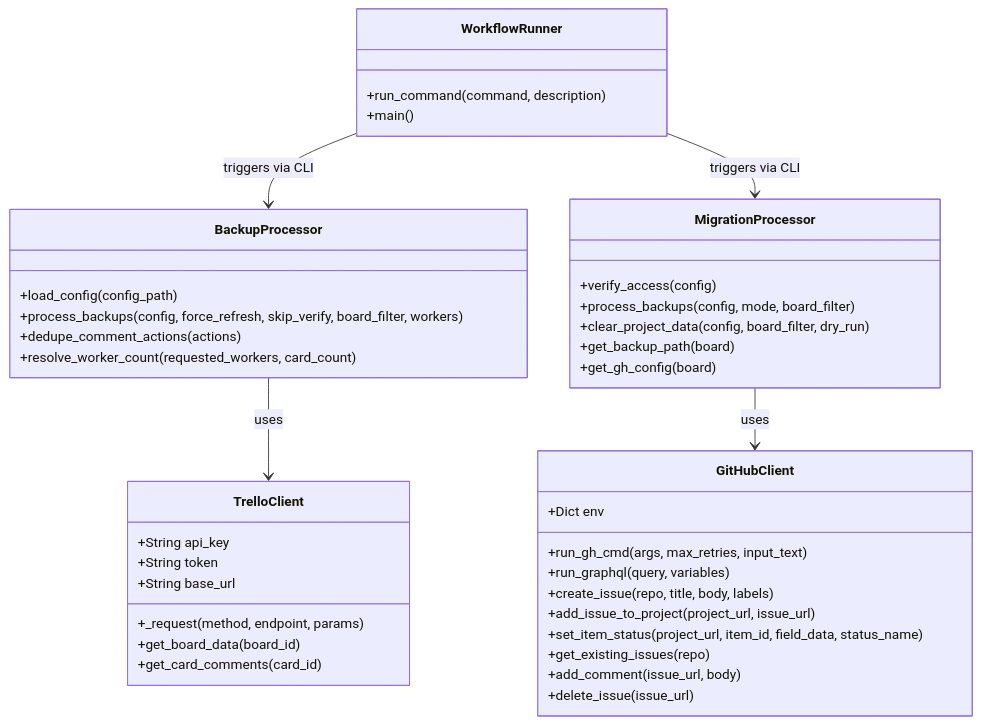
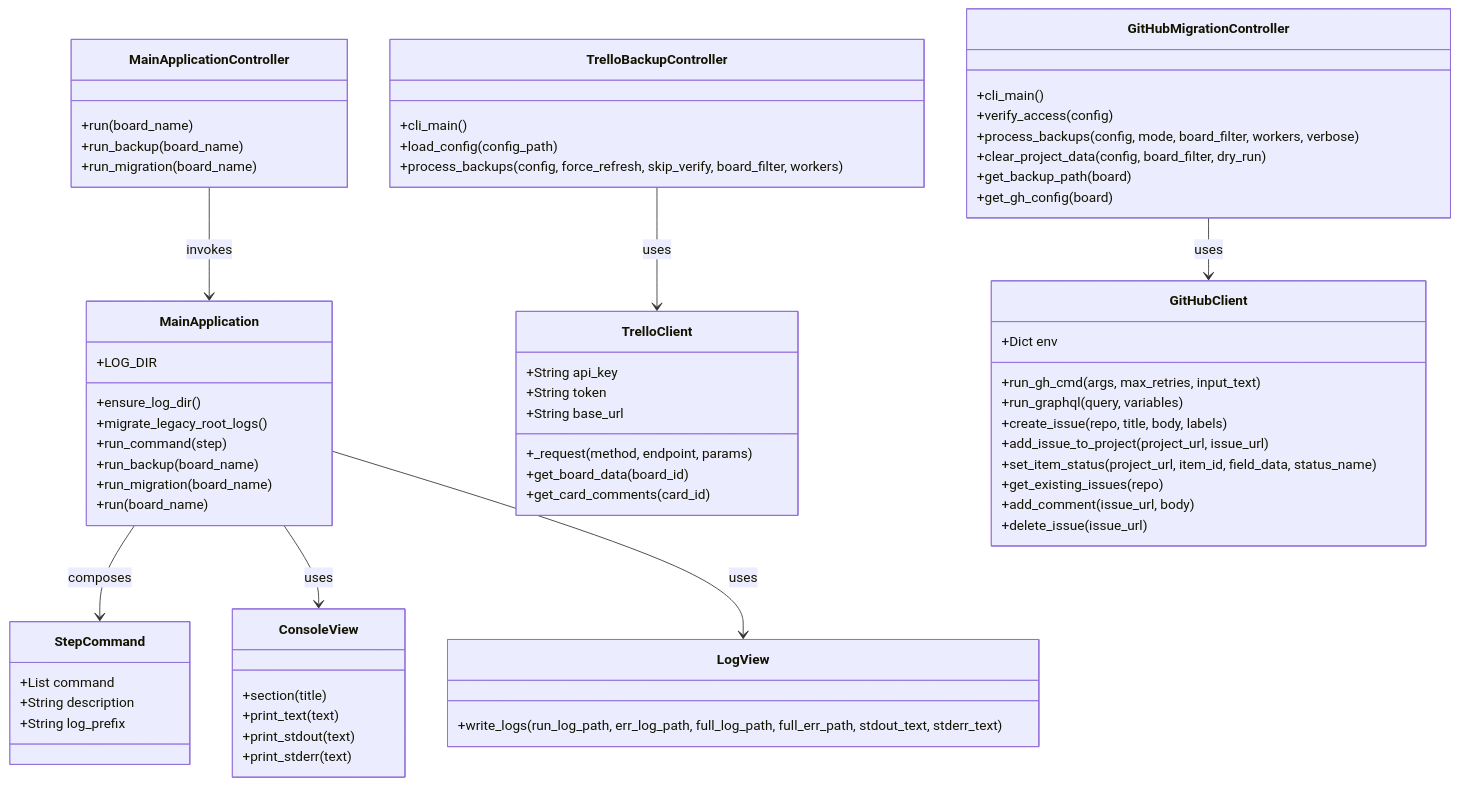
Diagram 13 of 13 in README.md (bmw-ece-ntust/trello-github-migration), drawn with Mermaid before and after one commit. The commit also changed other lines of this file and 17 other files, not shown here.

Commit message:
Refactor to MVC src architecture and class-based entrypoint

````diff
--- a/README.md
+++ b/README.md
@@ -491,48 +508,78 @@
 ```mermaid
 classDiagram
+        class MainApplicationController {
+                +run(board_name)
+                +run_backup(board_name)
+                +run_migration(board_name)
+        }
+
+    class MainApplication {
+        +LOG_DIR
+        +ensure_log_dir()
+        +migrate_legacy_root_logs()
+        +run_command(step)
+        +run_backup(board_name)
+        +run_migration(board_name)
+        +run(board_name)
+    }
+
+    class StepCommand {
+        +List command
+        +String description
+        +String log_prefix
+    }
+
+    class TrelloBackupController {
+        +cli_main()
+        +load_config(config_path)
+        +process_backups(config, force_refresh, skip_verify, board_filter, workers)
+    }
+
     class TrelloClient {
         +String api_key
         +String token
         +String base_url
         +_request(method, endpoint, params)
         +get_board_data(board_id)
         +get_card_comments(card_id)
+    }
+
+    class GitHubMigrationController {
+        +cli_main()
+        +verify_access(config)
+        +process_backups(config, mode, board_filter, workers, verbose)
+        +clear_project_data(config, board_filter, dry_run)
+        +get_backup_path(board)
+        +get_gh_config(board)
+    }
+
+    class ConsoleView {
+        +section(title)
+        +print_text(text)
+        +print_stdout(text)
+        +print_stderr(text)
+    }
+
+    class LogView {
+        +write_logs(run_log_path, err_log_path, full_log_path, full_err_path, stdout_text, stderr_text)
     }
 
     class GitHubClient {
         +Dict env
         +run_gh_cmd(args, max_retries, input_text)
         +run_graphql(query, variables)
         +create_issue(repo, title, body, labels)
         +add_issue_to_project(project_url, issue_url)
         +set_item_status(project_url, item_id, field_data, status_name)
         +get_existing_issues(repo)
         +add_comment(issue_url, body)
         +delete_issue(issue_url)
     }
 
-    class BackupProcessor {
-        +load_config(config_path)
-        +process_backups(config, force_refresh, skip_verify, board_filter, workers)
-        +dedupe_comment_actions(actions)
-        +resolve_worker_count(requested_workers, card_count)
-    }
-
-    class MigrationProcessor {
-        +verify_access(config)
-        +process_backups(config, mode, board_filter)
-        +clear_project_data(config, board_filter, dry_run)
-        +get_backup_path(board)
-        +get_gh_config(board)
-    }
-
-    class WorkflowRunner {
-        +run_command(command, description)
-        +main()
-    }
-
-    BackupProcessor --> TrelloClient : uses
-    MigrationProcessor --> GitHubClient : uses
-    WorkflowRunner --> BackupProcessor : triggers via CLI
-    WorkflowRunner --> MigrationProcessor : triggers via CLI
+    MainApplicationController --> MainApplication : invokes
+    MainApplication --> StepCommand : composes
+    MainApplication --> ConsoleView : uses
+    MainApplication --> LogView : uses
+    TrelloBackupController --> TrelloClient : uses
+    GitHubMigrationController --> GitHubClient : uses
 ```
````
